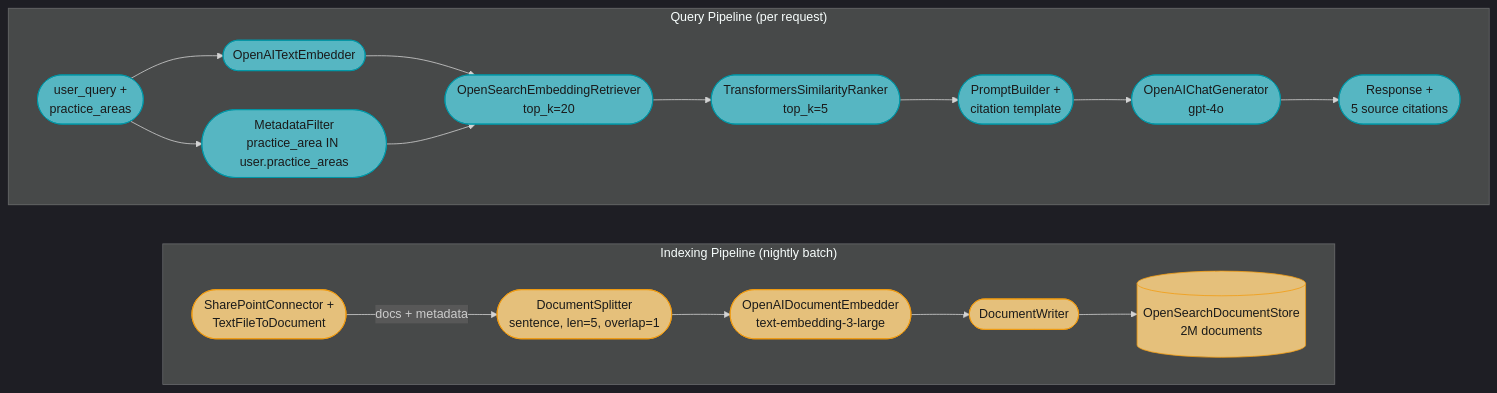
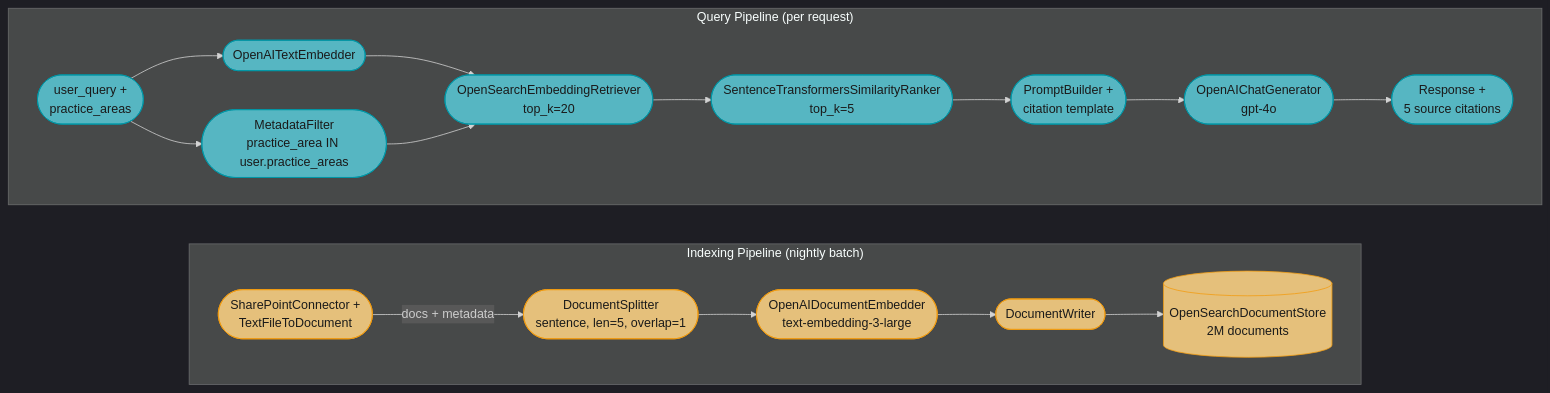
The third of 3 diagrams in src/main/java/com/rutik/systemdesign/llm/agentic_frameworks/haystack.md (rppol/system-design), drawn with Mermaid before and after one commit. The commit also changed other lines of this file and 466 other files, not shown here.

````diff
--- a/src/main/java/com/rutik/systemdesign/llm/agentic_frameworks/haystack.md
+++ b/src/main/java/com/rutik/systemdesign/llm/agentic_frameworks/haystack.md
@@ -609,39 +611,39 @@
 ```mermaid
 %%{init: {'flowchart': {'curve': 'basis'}, 'theme': 'dark'}}%%
 flowchart LR
     classDef io      fill:#61afef,stroke:#2e86c1,color:#1a1a1a,font-weight:bold
     classDef frozen  fill:#c678dd,stroke:#9b59b6,color:#fff
     classDef train   fill:#98c379,stroke:#27ae60,color:#1a1a1a
     classDef mathOp  fill:#d19a66,stroke:#e67e22,color:#1a1a1a,font-weight:bold
     classDef lossN   fill:#e06c75,stroke:#c0392b,color:#fff,font-weight:bold
     classDef req     fill:#56b6c2,stroke:#0097a7,color:#1a1a1a
     classDef base    fill:#e5c07b,stroke:#f39c12,color:#1a1a1a
 
     subgraph IDX["Indexing Pipeline (nightly batch)"]
         direction LR
         SP(["SharePointConnector +<br/>TextFileToDocument"])
         SPLIT(["DocumentSplitter<br/>sentence, len=5, overlap=1"])
         EMB(["OpenAIDocumentEmbedder<br/>text-embedding-3-large"])
         WRITE(["DocumentWriter"])
         STORE[("OpenSearchDocumentStore<br/>2M documents")]
         SP -->|"docs + metadata"| SPLIT --> EMB --> WRITE --> STORE
     end
 
     subgraph QRY["Query Pipeline (per request)"]
         direction LR
         UQ(["user_query +<br/>practice_areas"])
         QEMB(["OpenAITextEmbedder"])
         MF(["MetadataFilter<br/>practice_area IN user.practice_areas"])
         RET(["OpenSearchEmbeddingRetriever<br/>top_k=20"])
-        RANK(["TransformersSimilarityRanker<br/>top_k=5"])
+        RANK(["SentenceTransformersSimilarityRanker<br/>top_k=5"])
         PB(["PromptBuilder +<br/>citation template"])
         GEN(["OpenAIChatGenerator<br/>gpt-4o"])
         OUT(["Response +<br/>5 source citations"])
         UQ --> QEMB --> RET
         UQ --> MF --> RET
         RET --> RANK --> PB --> GEN --> OUT
     end
 
     class SP,SPLIT,EMB,WRITE,STORE base
     class UQ,QEMB,MF,RET,RANK,PB,GEN,OUT req
 ```
````
